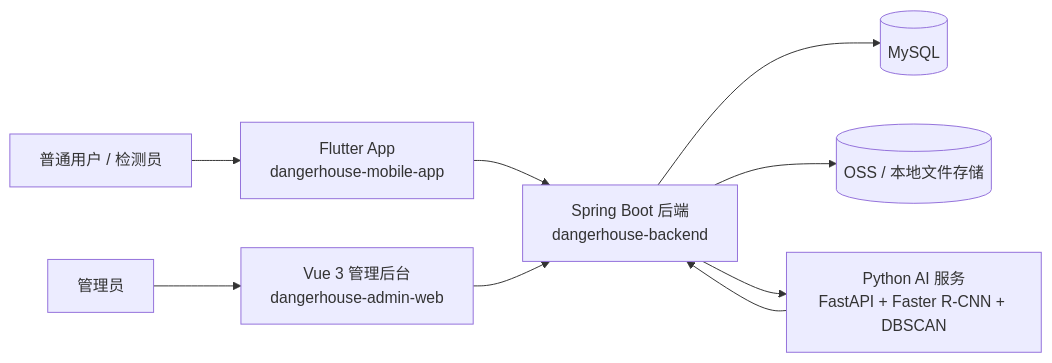
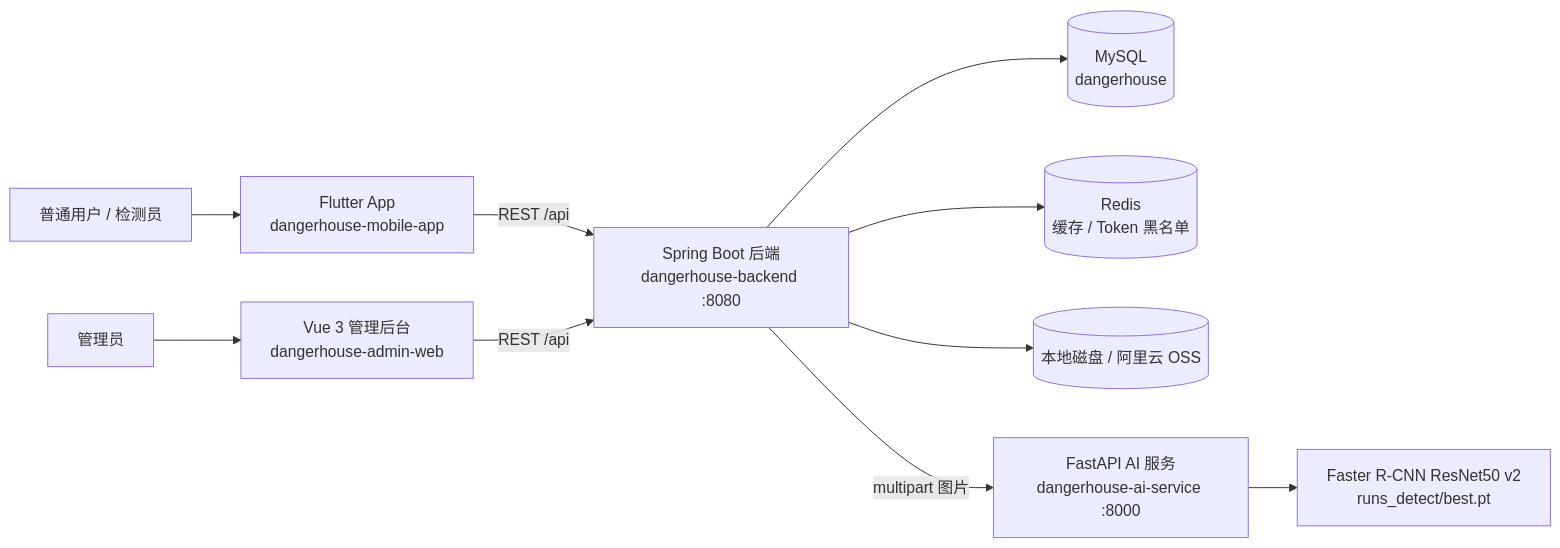
One commit to DzDenzel/dangerHouseSystem changed the first of 5 diagrams in 危房智诊系统架构图.md. Above: the diagram before and after it, drawn with Mermaid. The commit also changed other lines of this file and 55 other files, not shown here.

````diff
--- a/危房智诊系统架构图.md
+++ b/危房智诊系统架构图.md
@@ -18,18 +7,15 @@
 ```mermaid
 flowchart LR
-    U1["普通用户 / 检测员"] --> APP["Flutter App
-dangerhouse-mobile-app"]
-    U2["管理员"] --> WEB["Vue 3 管理后台
-dangerhouse-admin-web"]
+    U1["普通用户 / 检测员"] --> APP["Flutter App<br/>dangerhouse-mobile-app"]
+    U2["管理员"] --> WEB["Vue 3 管理后台<br/>dangerhouse-admin-web"]
 
-    APP --> API["Spring Boot 后端
-dangerhouse-backend"]
-    WEB --> API
+    APP -->|REST /api| API["Spring Boot 后端<br/>dangerhouse-backend :8080"]
+    WEB -->|REST /api| API
 
-    API --> DB[("MySQL")]
-    API --> STORE[("OSS / 本地文件存储")]
-    API --> AI["Python AI 服务
-FastAPI + Faster R-CNN + DBSCAN"]
+    API --> DB[("MySQL<br/>dangerhouse")]
+    API --> CACHE[("Redis<br/>缓存 / Token 黑名单")]
+    API --> STORE[("本地磁盘 / 阿里云 OSS")]
+    API -->|multipart 图片| AI["FastAPI AI 服务<br/>dangerhouse-ai-service :8000"]
 
-    AI --> API
+    AI --> MODEL["Faster R-CNN ResNet50 v2<br/>runs_detect/best.pt"]
 ```
````
